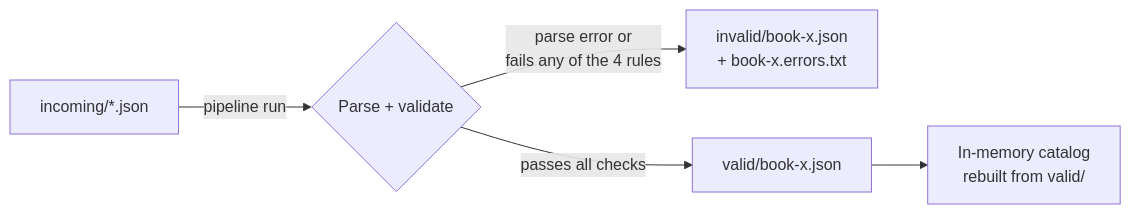
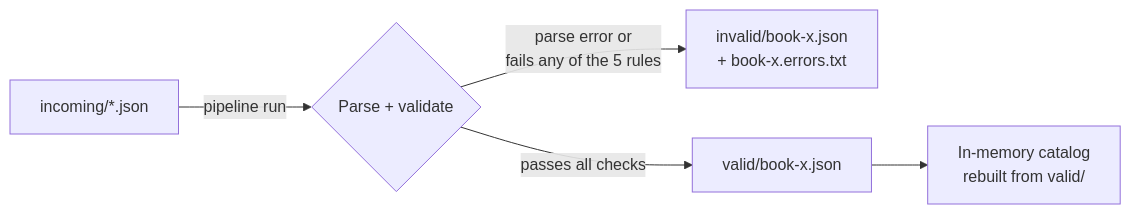
One commit to Fauler/Adventure-book changed the second of 3 diagrams in docs/03-technical-architecture.md. Above: the diagram before and after it, drawn with Mermaid. The commit also changed other lines of this file and 20 other files, not shown here.

````diff
--- a/docs/03-technical-architecture.md
+++ b/docs/03-technical-architecture.md
@@ -165,7 +170,7 @@
 ```mermaid
 flowchart LR
     A[incoming/*.json] -->|pipeline run| B{Parse + validate}
-    B -->|parse error or<br/>fails any of the 4 rules| C[invalid/book-x.json<br/>+ book-x.errors.txt]
+    B -->|parse error or<br/>fails any of the 5 rules| C[invalid/book-x.json<br/>+ book-x.errors.txt]
     B -->|passes all checks| D[valid/book-x.json]
     D --> E[In-memory catalog<br/>rebuilt from valid/]
 ```
````
